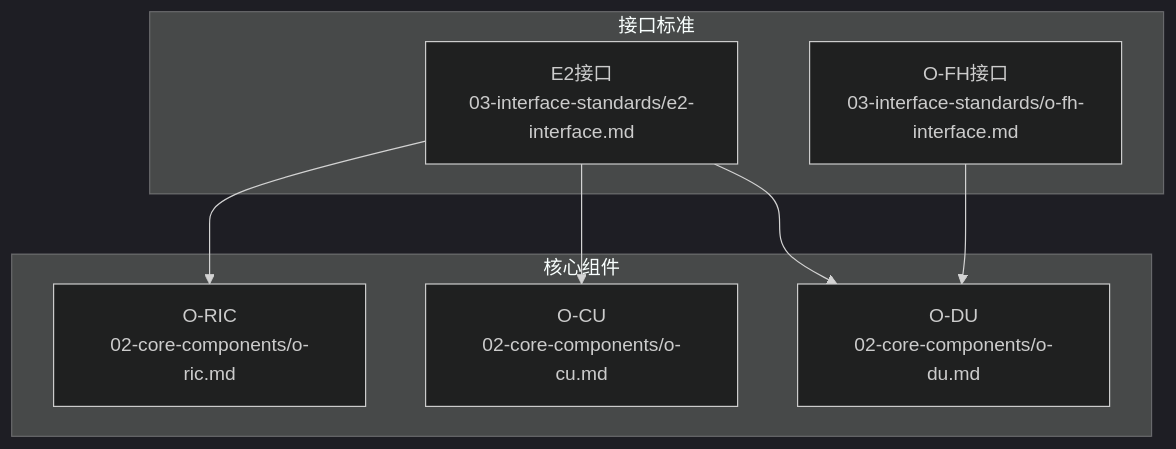
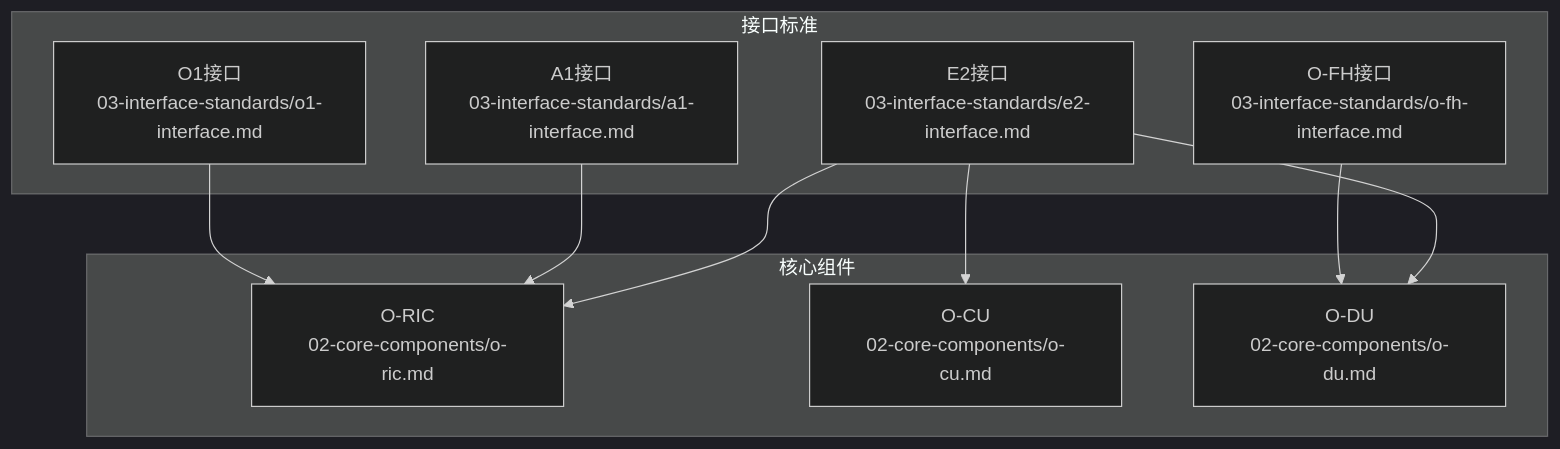
The first of 6 diagrams in .qoder/repowiki/zh/content/基础知识体系/接口标准系统/E2接口协议.md (allengaller/oran-database), drawn with Mermaid (dark theme) before and after one commit. The commit also changed other lines of this file and 32 other files, not shown here.

````diff
--- a/.qoder/repowiki/zh/content/基础知识体系/接口标准系统/E2接口协议.md
+++ b/.qoder/repowiki/zh/content/基础知识体系/接口标准系统/E2接口协议.md
@@ -35,16 +43,20 @@
 ```mermaid
 graph TB
 subgraph "接口标准"
 E2["E2接口<br/>03-interface-standards/e2-interface.md"]
 FH["O-FH接口<br/>03-interface-standards/o-fh-interface.md"]
+A1["A1接口<br/>03-interface-standards/a1-interface.md"]
+O1["O1接口<br/>03-interface-standards/o1-interface.md"]
 end
 subgraph "核心组件"
 RIC["O-RIC<br/>02-core-components/o-ric.md"]
 CU["O-CU<br/>02-core-components/o-cu.md"]
 DU["O-DU<br/>02-core-components/o-du.md"]
 end
 E2 --> RIC
 E2 --> CU
 E2 --> DU
 FH --> DU
+A1 --> RIC
+O1 --> RIC
 ```
````
